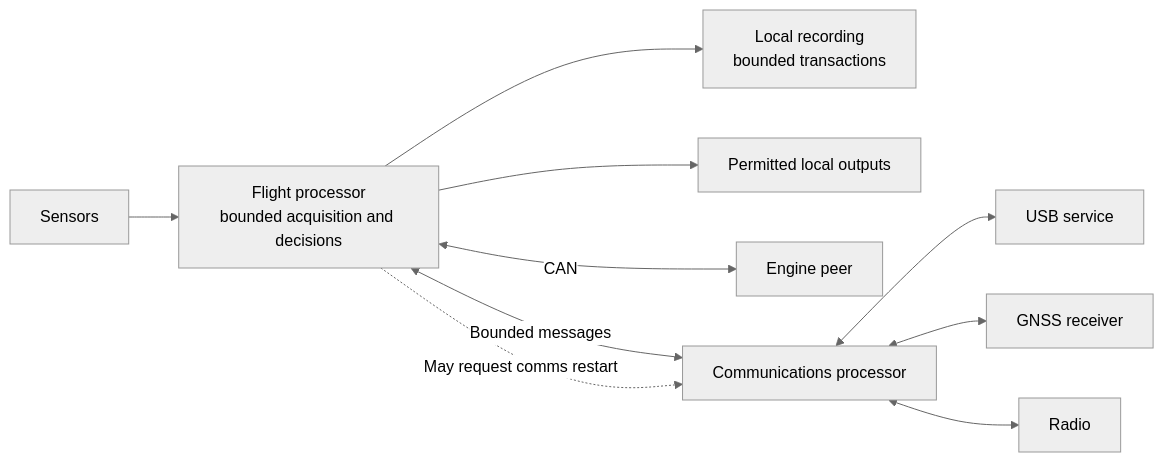
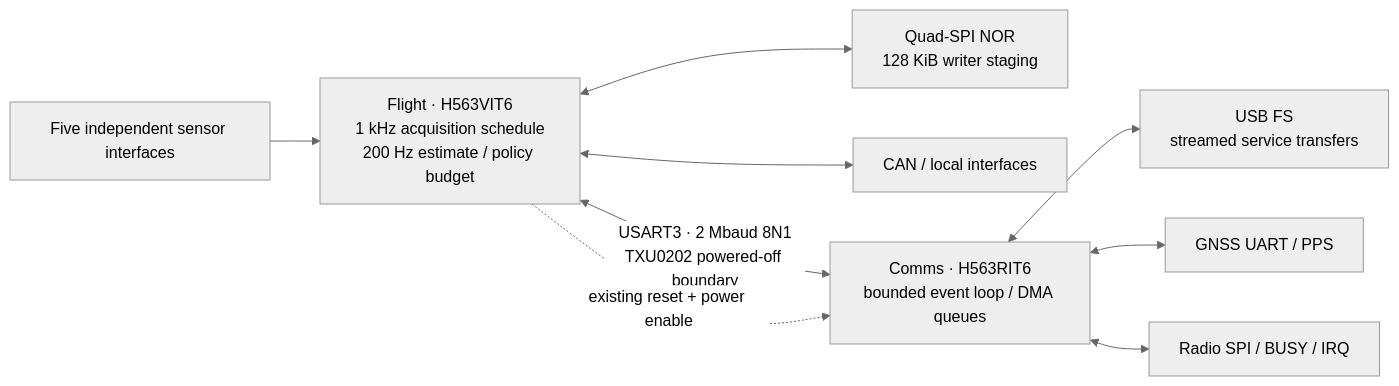
One commit to ULAS-HiPR/Ogma2 changed the diagram in docs/architecture/01-mcus.md. Above: the diagram before and after it, drawn with Mermaid (neutral theme). The commit also changed other lines of this file and 19 other files, not shown here.

Commit message:
Make architecture review concrete and link supporting justification

````diff
--- a/docs/architecture/01-mcus.md
+++ b/docs/architecture/01-mcus.md
@@ -37,12 +19,17 @@
 ```mermaid
 flowchart LR
-  S["Sensors"] --> F["Flight processor<br/>bounded acquisition and decisions"]
-  F --> N["Local recording<br/>bounded transactions"]
-  F --> O["Permitted local outputs"]
-  F <-->|"CAN"| E["Engine peer"]
-  F <-->|"Bounded messages"| C["Communications processor"]
-  C <--> U["USB service"]
-  C <--> G["GNSS receiver"]
-  C <--> R["Radio"]
-  F -.->|"May request comms restart"| C
+  S["Five independent sensor interfaces"] --> F["Flight · H563VIT6
+1 kHz acquisition schedule
+200 Hz estimate / policy budget"]
+  F <--> N["Quad-SPI NOR
+128 KiB writer staging"]
+  F <--> V["CAN / local interfaces"]
+  F <-->|"USART3 · 2 Mbaud 8N1
+TXU0202 powered-off boundary"| C["Comms · H563RIT6
+bounded event loop / DMA queues"]
+  C <--> U["USB FS
+streamed service transfers"]
+  C <--> G["GNSS UART / PPS"]
+  C <--> R["Radio SPI / BUSY / IRQ"]
+  F -.->|"existing reset + power enable"| C
 ```
````
